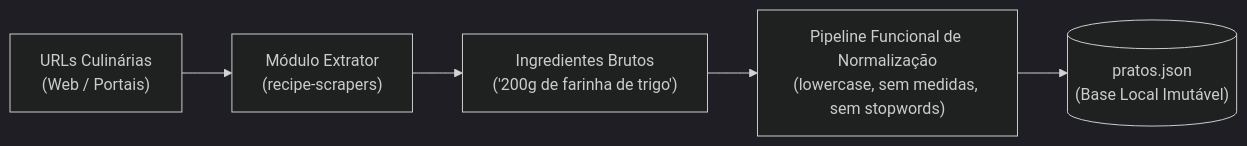
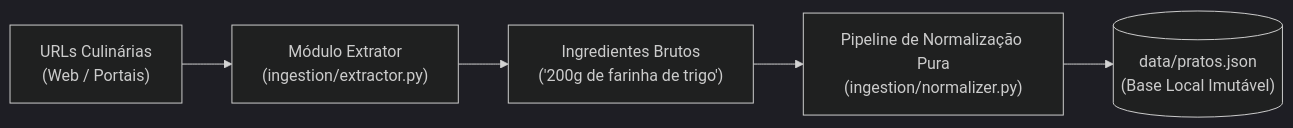
One commit to quezinhacosta/cook-what-u-have changed the second of 3 diagrams in README.md. Above: the diagram before and after it, drawn with Mermaid (dark theme). The commit also changed other lines of this file and 3 other files, not shown here.

````diff
--- a/README.md
+++ b/README.md
@@ -151,7 +170,7 @@
 ```mermaid
 flowchart LR
-    URL["URLs Culinárias\n(Web / Portais)"] --> SCRAPE["Módulo Extrator\n(recipe-scrapers)"]
+    URL["URLs Culinárias\n(Web / Portais)"] --> SCRAPE["Módulo Extrator\n(ingestion/extractor.py)"]
     SCRAPE --> RAW["Ingredientes Brutos\n('200g de farinha de trigo')"]
-    RAW --> NORM["Pipeline Funcional de Normalização\n(lowercase, sem medidas, sem stopwords)"]
-    NORM --> JSON[("pratos.json\n(Base Local Imutável)")]
+    RAW --> NORM["Pipeline de Normalização Pura\n(ingestion/normalizer.py)"]
+    NORM --> JSON[("data/pratos.json\n(Base Local Imutável)")]
 ```
````
